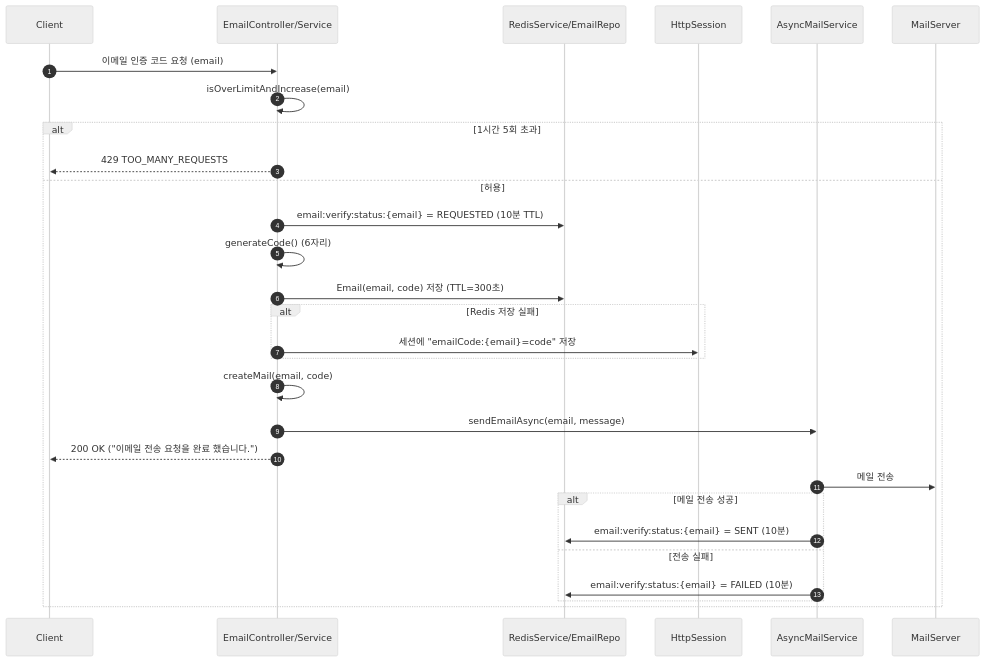
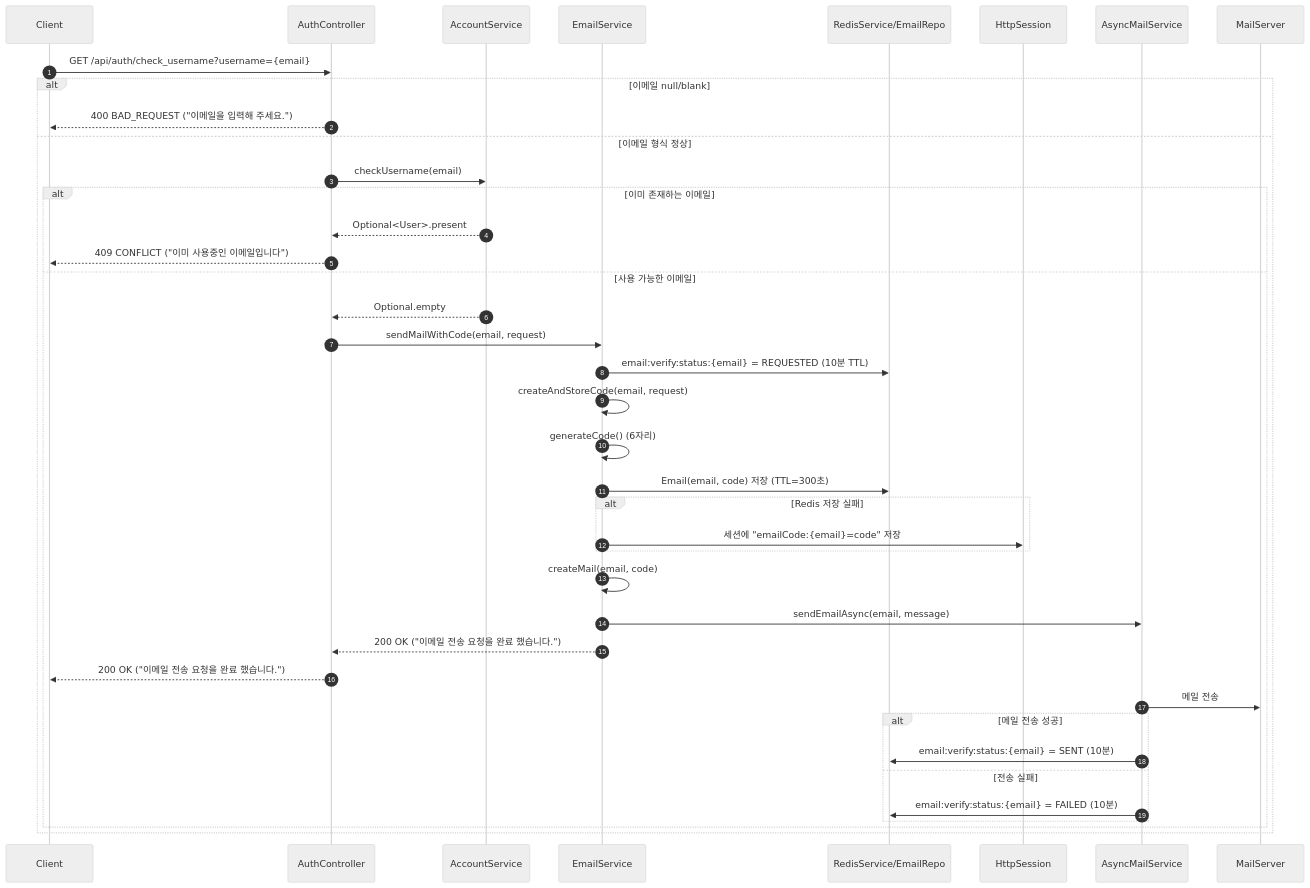
The diagram in docs/member/auth-email.md (monancho/mindmate-docs12), drawn with Mermaid (neutral theme) before and after one commit. The commit also changed other lines of this file and 5 other files, not shown here.

````diff
--- a/docs/member/auth-email.md
+++ b/docs/member/auth-email.md
@@ -70,32 +99,45 @@
 ```mermaid
 sequenceDiagram
     autonumber
     participant C as Client
-    participant S as EmailController/Service
+    participant A as AuthController
+    participant AS as AccountService
+    participant ES as EmailService
     participant R as RedisService/EmailRepo
     participant H as HttpSession
-    participant A as AsyncMailService
+    participant MS as AsyncMailService
     participant M as MailServer
 
-    C ->> S: 이메일 인증 코드 요청 (email)
-    S ->> S: isOverLimitAndIncrease(email)
-    alt 1시간 5회 초과
-        S -->> C: 429 TOO_MANY_REQUESTS
-    else 허용
-        S ->> R: email:verify:status:{email} = REQUESTED (10분 TTL)
-        S ->> S: generateCode() (6자리)
-        S ->> R: Email(email, code) 저장 (TTL=300초)
-        alt Redis 저장 실패
-            S ->> H: 세션에 "emailCode:{email}=code" 저장
-        end
-        S ->> S: createMail(email, code)
-        S ->> A: sendEmailAsync(email, message)
-        S -->> C: 200 OK ("이메일 전송 요청을 완료 했습니다.")
-        A ->> M: 메일 전송
-        alt 메일 전송 성공
-            A ->> R: email:verify:status:{email} = SENT (10분)
-        else 전송 실패
-            A ->> R: email:verify:status:{email} = FAILED (10분)
+    C ->> A: GET /api/auth/check_username?username={email}
+    alt 이메일 null/blank
+        A -->> C: 400 BAD_REQUEST ("이메일을 입력해 주세요.")
+    else 이메일 형식 정상
+        A ->> AS: checkUsername(email)
+        alt 이미 존재하는 이메일
+            AS -->> A: Optional<User>.present
+            A -->> C: 409 CONFLICT ("이미 사용중인 이메일입니다")
+        else 사용 가능한 이메일
+            AS -->> A: Optional.empty
+            A ->> ES: sendMailWithCode(email, request)
+
+            ES ->> R: email:verify:status:{email} = REQUESTED (10분 TTL)
+            ES ->> ES: createAndStoreCode(email, request)
+            ES ->> ES: generateCode() (6자리)
+            ES ->> R: Email(email, code) 저장 (TTL=300초)
+            alt Redis 저장 실패
+                ES ->> H: 세션에 "emailCode:{email}=code" 저장
+            end
+            ES ->> ES: createMail(email, code)
+            ES ->> MS: sendEmailAsync(email, message)
+            ES -->> A: 200 OK ("이메일 전송 요청을 완료 했습니다.")
+            A -->> C: 200 OK ("이메일 전송 요청을 완료 했습니다.")
+
+            MS ->> M: 메일 전송
+            alt 메일 전송 성공
+                MS ->> R: email:verify:status:{email} = SENT (10분)
+            else 전송 실패
+                MS ->> R: email:verify:status:{email} = FAILED (10분)
+            end
         end
     end
 ```
````
